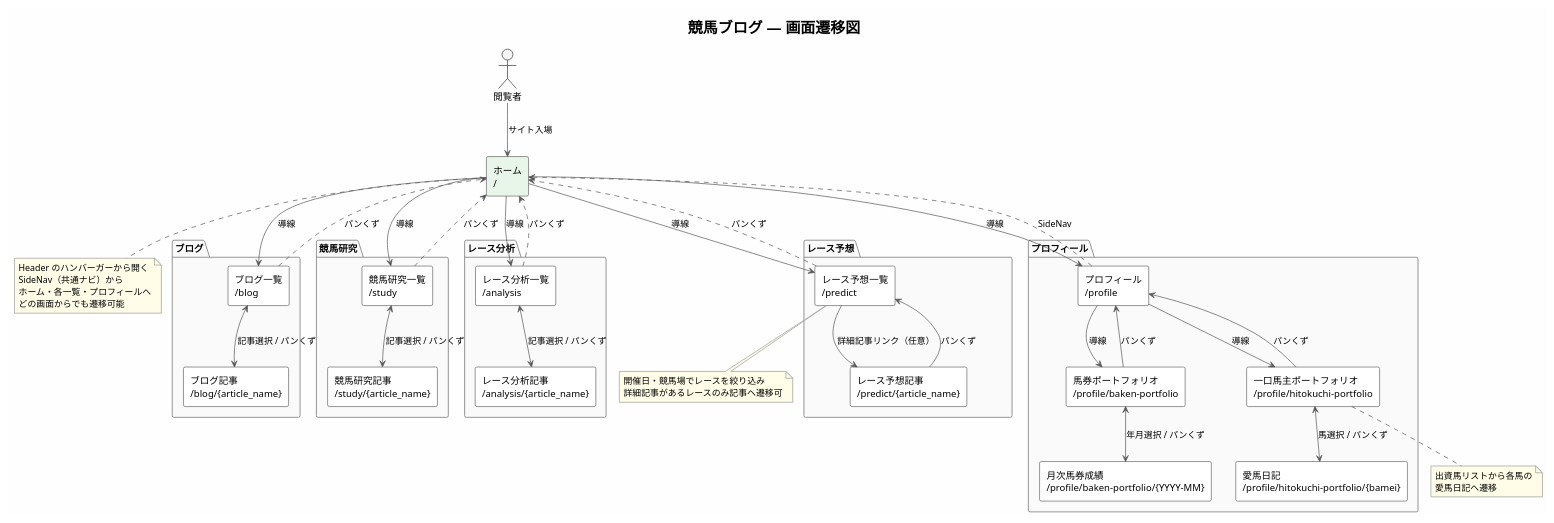
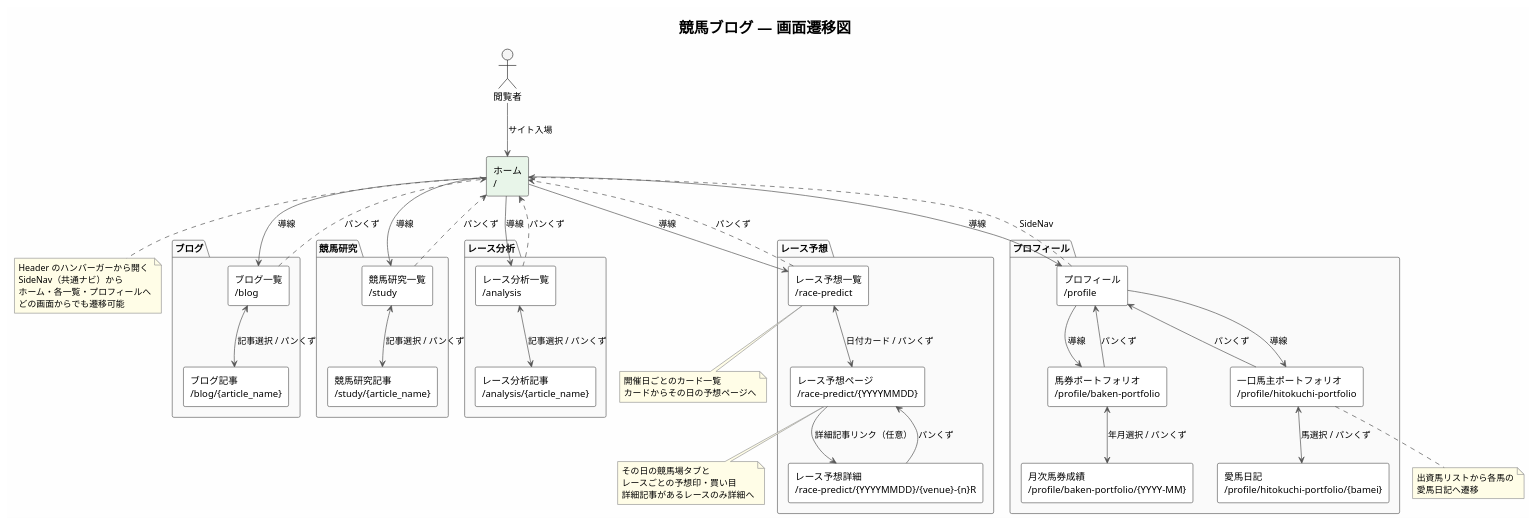
The diagram in doc/03_design/screen_design.md (betashort/KEIBA_BLOG), drawn with PlantUML before and after one commit. The commit also changed other lines of this file and 42 other files, not shown here.

First line of the commit message:
レース予想を一覧・開催日・詳細の3画面にし、URLを /race-predict 配下に揃える。

```diff
--- a/doc/03_design/screen_design.md
+++ b/doc/03_design/screen_design.md
@@ -102,8 +103,9 @@
 }
 
 package "レース予想" as PredictPkg {
-  rectangle "レース予想一覧\n/predict" as PredictList
-  rectangle "レース予想記事\n/predict/{article_name}" as PredictArticle
+  rectangle "レース予想一覧\n/race-predict" as PredictList
+  rectangle "レース予想ページ\n/race-predict/{YYYYMMDD}" as PredictDay
+  rectangle "レース予想詳細\n/race-predict/{YYYYMMDD}/{venue}-{n}R" as PredictArticle
 }
 
 package "プロフィール" as ProfilePkg {
@@ -125,8 +127,9 @@
 BlogList <--> BlogArticle : 記事選択 / パンくず
 StudyList <--> StudyArticle : 記事選択 / パンくず
 AnalysisList <--> AnalysisArticle : 記事選択 / パンくず
-PredictList --> PredictArticle : 詳細記事リンク（任意）
-PredictArticle --> PredictList : パンくず
+PredictList <--> PredictDay : 日付カード / パンくず
+PredictDay --> PredictArticle : 詳細記事リンク（任意）
+PredictArticle --> PredictDay : パンくず
 
 Profile --> HitokuchiPortfolio : 導線
 Profile --> BakenPortfolio : 導線
@@ -149,8 +152,14 @@
 end note
 
 note bottom of PredictList
-  開催日・競馬場でレースを絞り込み
-  詳細記事があるレースのみ記事へ遷移可
+  開催日ごとのカード一覧
+  カードからその日の予想ページへ
+end note
+
+note bottom of PredictDay
+  その日の競馬場タブと
+  レースごとの予想印・買い目
+  詳細記事があるレースのみ詳細へ
 end note
 
 note bottom of HitokuchiPortfolio
```
